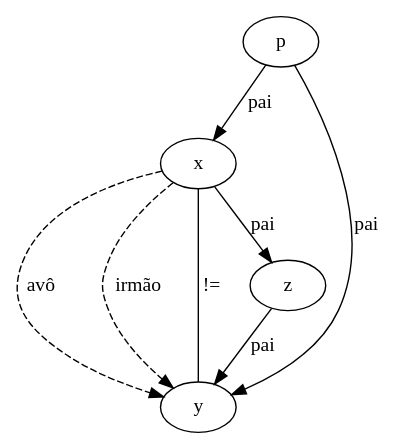
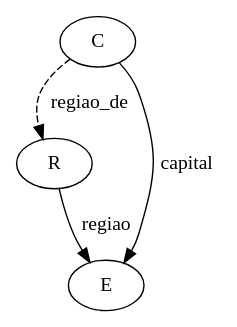
The diagram in Tarefa1/base/representacao.dot (aplos21/IA-2017-2), drawn with Graphviz before and after one commit.

Commit message:
try rule regiao_de

```diff
--- a/Tarefa1/base/representacao.dot
+++ b/Tarefa1/base/representacao.dot
@@ -1,59 +1,65 @@
 digraph G {
+  // regiao_de(C, R) :- capital(E, C), regiao(R, E).
+  C -> R [label="regiao_de", style="dashed"]
+  R -> E [label="regiao"]
+  C -> E [label="capital"]
+
     /*
   subgraph cluster_0 {
     style=filled;
     color=lightgrey;
     node [style=filled,color=white];
     a0 -> a1 -> a2 -> a3;
     label = "process #1";
   }
 
   subgraph cluster_1 {
     node [style=filled];
     b0 -> b1 -> b2 -> b3;
     label = "process #2";
     color=blue
   }
   start -> a0;
   start -> b0;
   a1 -> b3;
   b2 -> a3;
   a3 -> a0;
   a3 -> end;
   b3 -> end;
 
   start [shape=Mdiamond];
   end [shape=Msquare];
     */
 
 
   /*
   amazonas -> am        [ label=estado  ]
   manaus   -> amazonas  [ label=capital ]
   norte    -> amazonas  [ label=regiao ]
 
   amazonas[shape=diamond]
   am[ shape=square ]
   */
 
+  /*
   /// CRIANDO A REGRA avô (usando grafo de relacionamento)
   /// avô(x, y) :- pai(x, z), pai(z, y).
   x -> y [ label="avô", style="dashed" ]
   x -> z [ label="pai" ]
   z -> y [ label="pai"]
 
   /// CRIANDO A REGRA irmão
   /// irmão(x, y) :- pai(p, x), pai(p, y).
   //edge[constraint=false];
   x -> y [label="irmão", style="dashed"]
   x -> y [label="!=", dir="none"]
   p -> x [label="pai"]
   p -> y [label="pai"]
-
+  */
 }
 
 
 /*
 http://www.graphviz.org/doc/info/attrs.html
 https://dreampuf.github.io/GraphvizOnline/
 */
```
